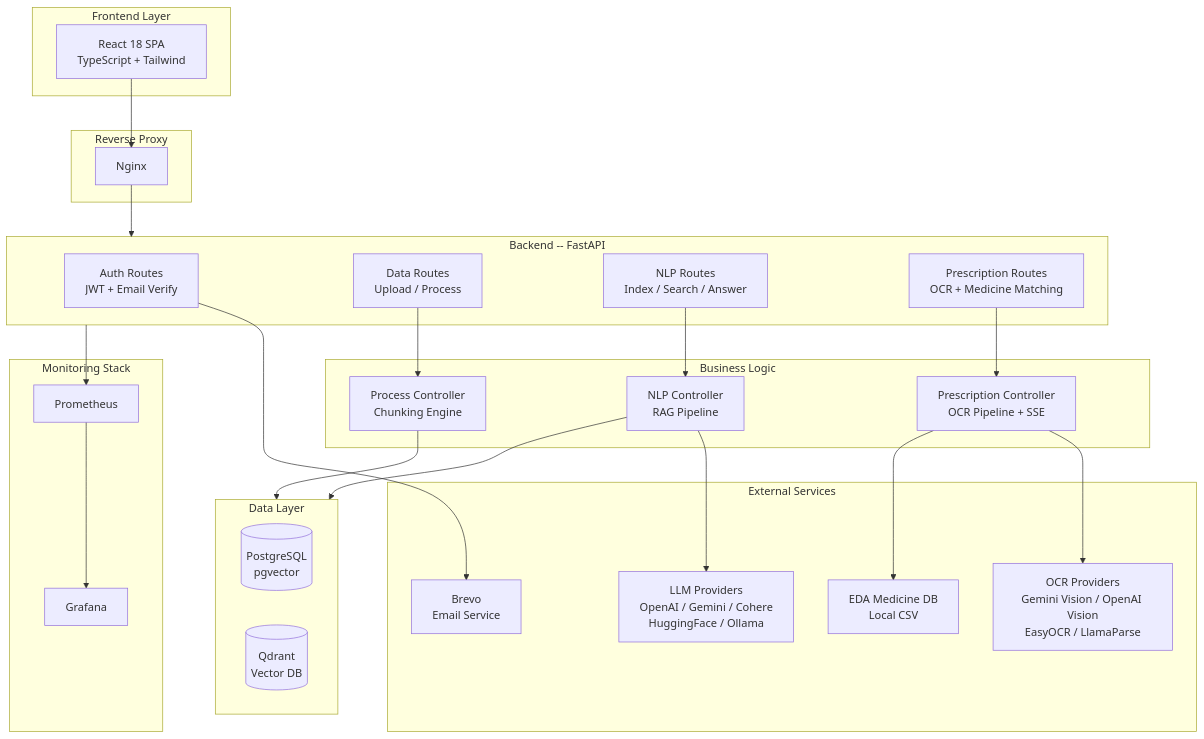
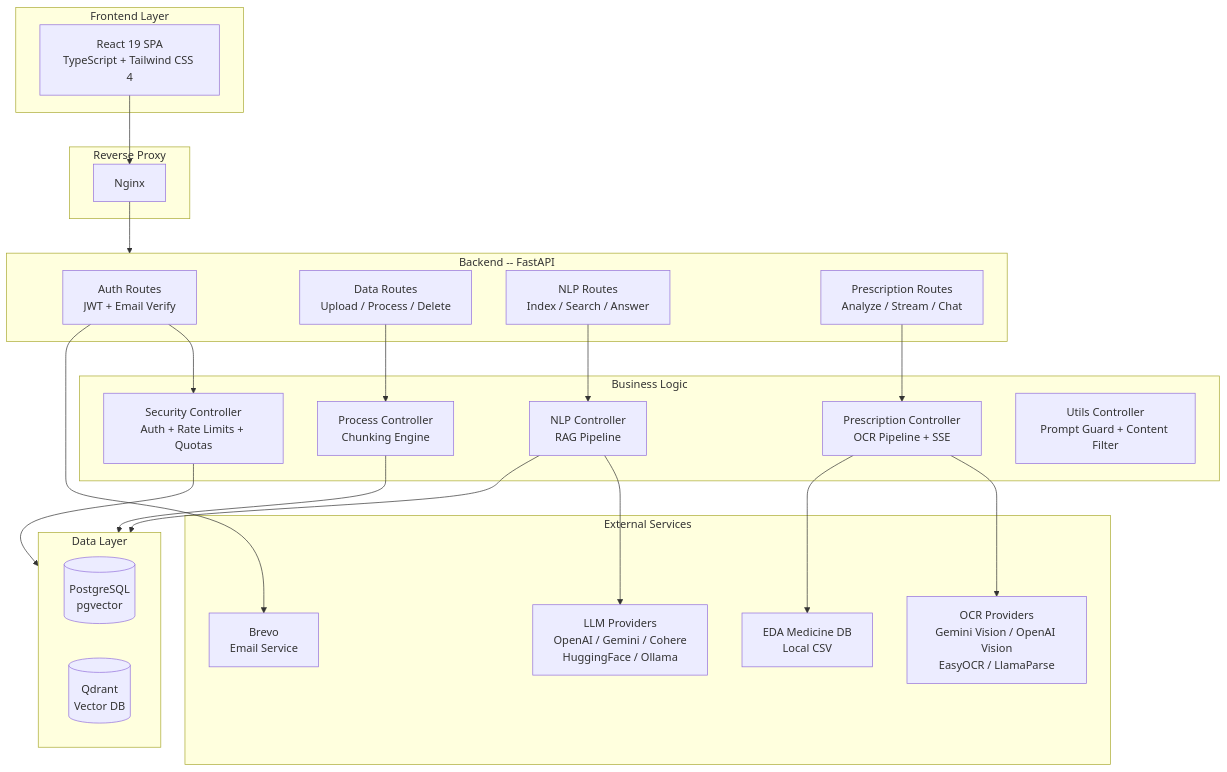
The diagram in README.md (mohamedfathi540/RxTract), drawn with Mermaid before and after one commit. The commit also changed other lines of this file and 2 other files, not shown here.

````diff
--- a/README.md
+++ b/README.md
@@ -44,54 +45,51 @@
 ```mermaid
 flowchart TB
     subgraph Frontend["Frontend Layer"]
-        React["React 18 SPA<br/>TypeScript + Tailwind"]
+        React["React 19 SPA<br/>TypeScript + Tailwind CSS 4"]
     end
 
     subgraph Proxy["Reverse Proxy"]
         Nginx[Nginx]
     end
 
     subgraph Backend["Backend -- FastAPI"]
         Auth["Auth Routes<br/>JWT + Email Verify"]
-        DataRoutes["Data Routes<br/>Upload / Process"]
+        DataRoutes["Data Routes<br/>Upload / Process / Delete"]
         NLPRoutes["NLP Routes<br/>Index / Search / Answer"]
-        PrescriptionRoutes["Prescription Routes<br/>OCR + Medicine Matching"]
+        PrescriptionRoutes["Prescription Routes<br/>Analyze / Stream / Chat"]
     end
 
     subgraph Controllers["Business Logic"]
         NLPCtrl["NLP Controller<br/>RAG Pipeline"]
         PrescCtrl["Prescription Controller<br/>OCR Pipeline + SSE"]
         ProcessCtrl["Process Controller<br/>Chunking Engine"]
+        SecurityCtrl["Security Controller<br/>Auth + Rate Limits + Quotas"]
+        UtilsCtrl["Utils Controller<br/>Prompt Guard + Content Filter"]
     end
 
     subgraph Data["Data Layer"]
         PostgreSQL[("PostgreSQL<br/>pgvector")]
         Qdrant[("Qdrant<br/>Vector DB")]
     end
 
     subgraph External["External Services"]
         LLM["LLM Providers<br/>OpenAI / Gemini / Cohere<br/>HuggingFace / Ollama"]
         OCR["OCR Providers<br/>Gemini Vision / OpenAI Vision<br/>EasyOCR / LlamaParse"]
         EDA["EDA Medicine DB<br/>Local CSV"]
         Brevo["Brevo<br/>Email Service"]
     end
 
-    subgraph Monitoring["Monitoring Stack"]
-        Prometheus[Prometheus]
-        Grafana[Grafana]
-    end
-
     React --> Nginx
     Nginx --> Backend
+    Auth --> SecurityCtrl
     Auth --> Brevo
     DataRoutes --> ProcessCtrl
     NLPRoutes --> NLPCtrl
     PrescriptionRoutes --> PrescCtrl
     NLPCtrl --> LLM
     NLPCtrl --> Data
     PrescCtrl --> OCR
     PrescCtrl --> EDA
     ProcessCtrl --> Data
-    Backend --> Prometheus
-    Prometheus --> Grafana
+    SecurityCtrl --> Data
 ```
````
